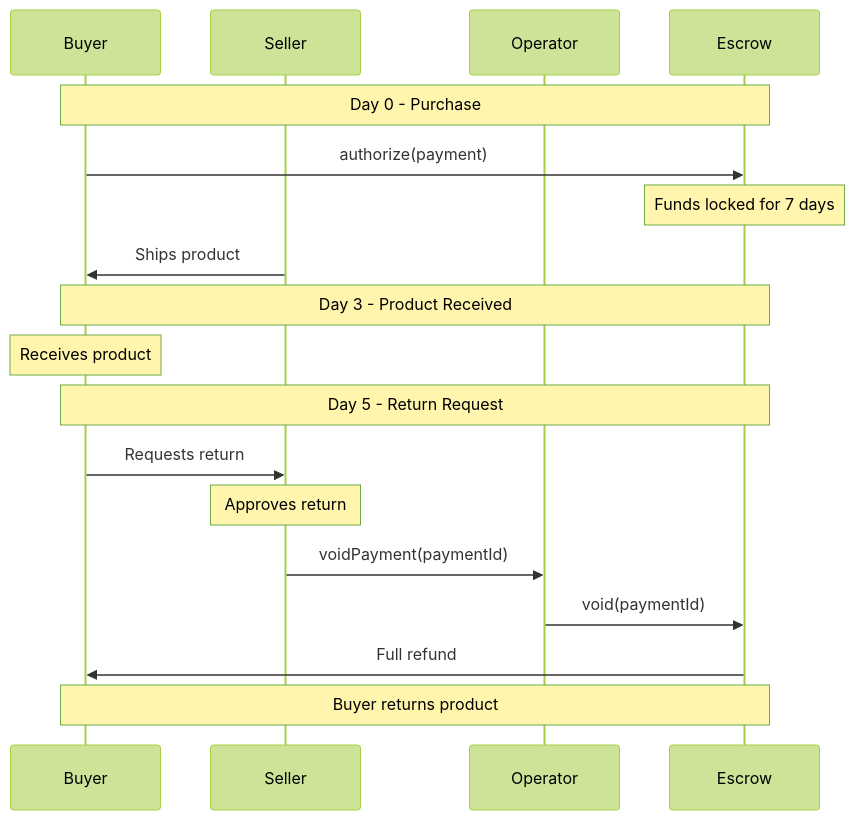
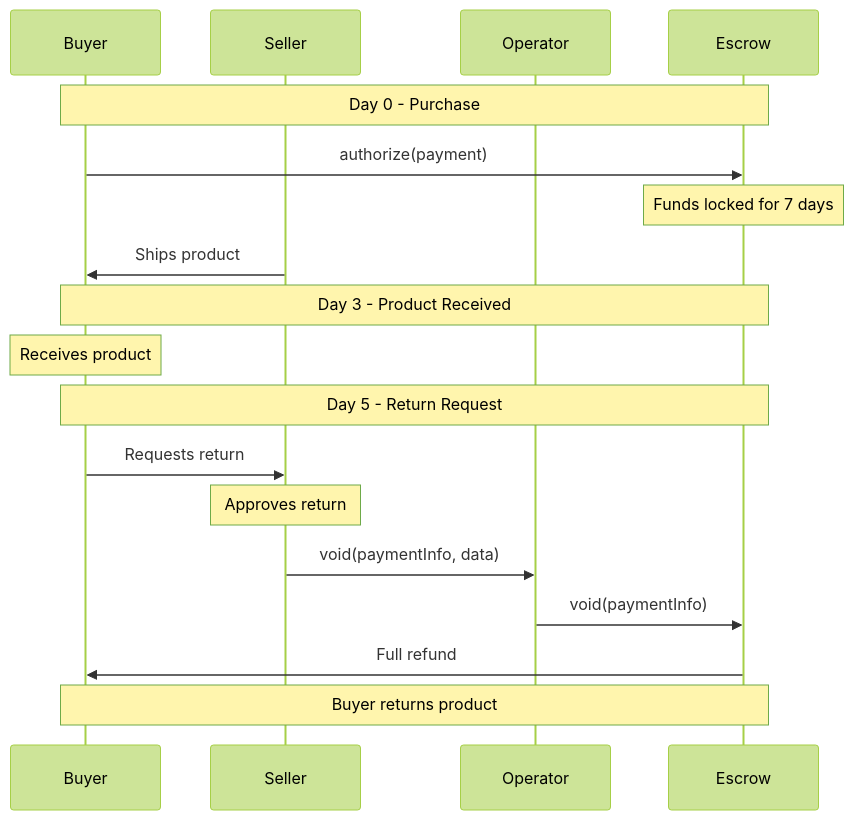
Before and after one commit to BackTrackCo/docs: the fourth of 8 diagrams in contracts/examples.mdx, drawn with Mermaid (forest theme). The commit also changed other lines of this file and 30 other files, not shown here.

````diff
--- a/contracts/examples.mdx
+++ b/contracts/examples.mdx
@@ -417,23 +412,23 @@
 ```mermaid
 sequenceDiagram
     participant Buyer
     participant Seller
     participant Operator
     participant Escrow
 
     Note over Buyer,Escrow: Day 0 - Purchase
     Buyer->>Escrow: authorize(payment)
     Note over Escrow: Funds locked for 7 days
     Seller->>Buyer: Ships product
 
     Note over Buyer,Escrow: Day 3 - Product Received
     Note over Buyer: Receives product
 
     Note over Buyer,Escrow: Day 5 - Return Request
     Buyer->>Seller: Requests return
     Note over Seller: Approves return
-    Seller->>Operator: voidPayment(paymentId)
-    Operator->>Escrow: void(paymentId)
+    Seller->>Operator: void(paymentInfo, data)
+    Operator->>Escrow: void(paymentInfo)
     Escrow->>Buyer: Full refund
     Note over Buyer,Escrow: Buyer returns product
 ```
````
